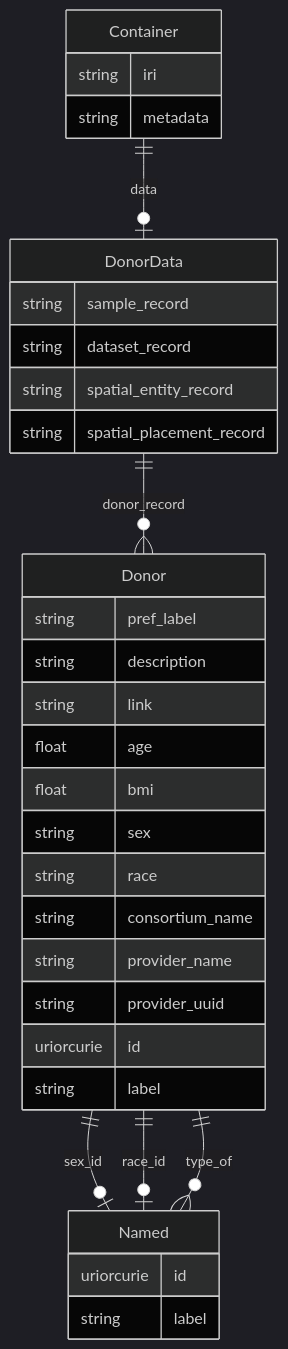
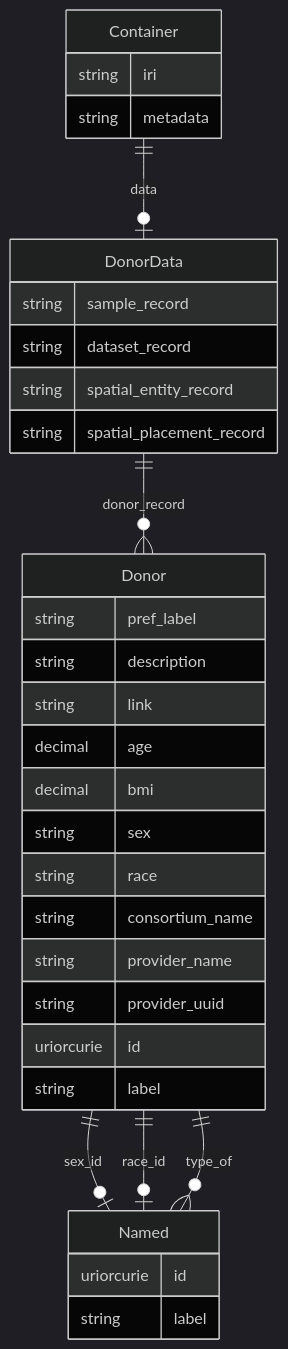
The tenth of 20 diagrams in er-diagrams.md (hubmapconsortium/hra-do-processor), drawn with Mermaid (dark theme) before and after one commit. The commit also changed other lines of this file and 20 other files, not shown here.

Commit message:
Update ER diagrams

````diff
--- a/er-diagrams.md
+++ b/er-diagrams.md
@@ -788,38 +788,38 @@
 ```mermaid
 erDiagram
 Container {
     string iri  
     string metadata  
 }
 DonorData {
     string sample_record  
     string dataset_record  
     string spatial_entity_record  
     string spatial_placement_record  
 }
 Donor {
     string pref_label  
     string description  
     string link  
-    float age  
-    float bmi  
+    decimal age  
+    decimal bmi  
     string sex  
     string race  
     string consortium_name  
     string provider_name  
     string provider_uuid  
     uriorcurie id  
     string label  
 }
 Named {
     uriorcurie id  
     string label  
 }
 
 Container ||--|o DonorData : "data"
 DonorData ||--}o Donor : "donor_record"
 Donor ||--|o Named : "sex_id"
 Donor ||--|o Named : "race_id"
 Donor ||--}o Named : "type_of"
 
 ```
````
